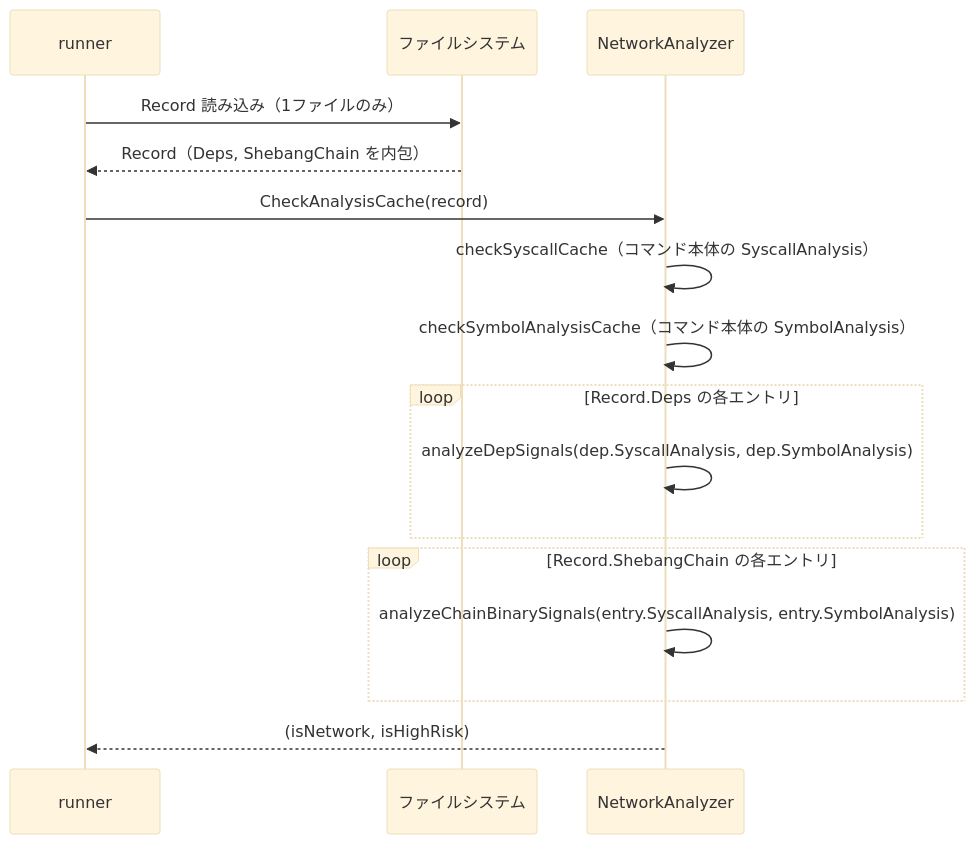
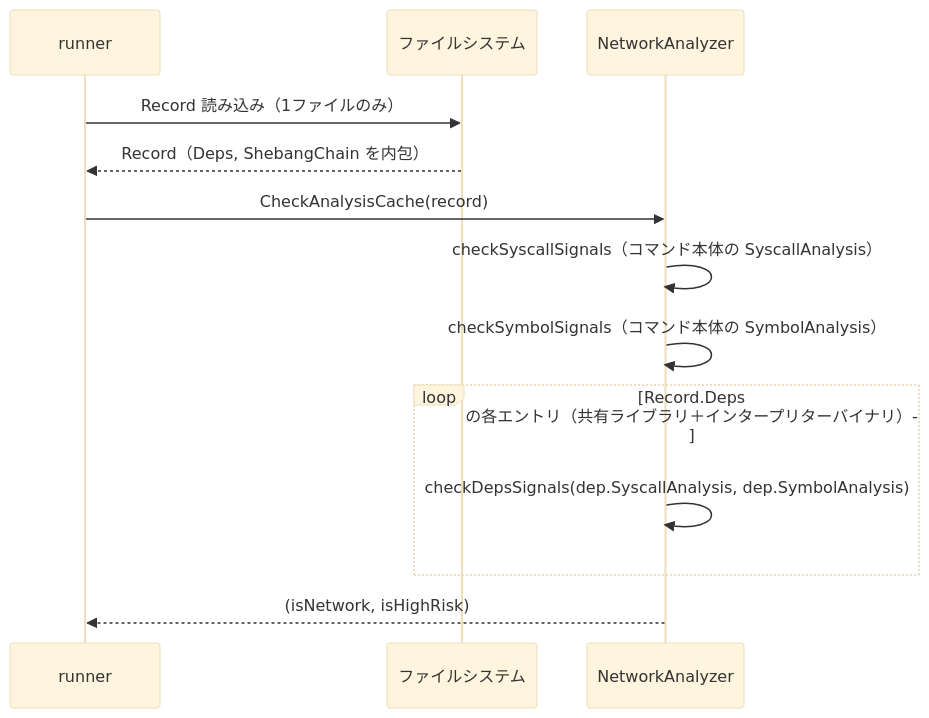
One commit to isseis/go-safe-cmd-runner changed the eighth of 8 diagrams in docs/tasks/0129_self_contained_record/02_architecture.md. Above: the diagram before and after it, drawn with Mermaid (base theme). The commit also changed other lines of this file and 3 other files, not shown here.

First line of the commit message:
docs: unify shebang interpreter analysis into flat deps list

````diff
--- a/docs/tasks/0129_self_contained_record/02_architecture.md
+++ b/docs/tasks/0129_self_contained_record/02_architecture.md
@@ -362,24 +374,20 @@
 ```mermaid
 sequenceDiagram
     participant RUN as runner
     participant FS as ファイルシステム
     participant NA as NetworkAnalyzer
 
     RUN->>FS: Record 読み込み（1ファイルのみ）
     FS-->>RUN: Record（Deps, ShebangChain を内包）
 
     RUN->>NA: CheckAnalysisCache(record)
 
-    NA->>NA: checkSyscallCache（コマンド本体の SyscallAnalysis）
-    NA->>NA: checkSymbolAnalysisCache（コマンド本体の SymbolAnalysis）
+    NA->>NA: checkSyscallSignals（コマンド本体の SyscallAnalysis）
+    NA->>NA: checkSymbolSignals（コマンド本体の SymbolAnalysis）
 
-    loop Record.Deps の各エントリ
-        NA->>NA: analyzeDepSignals(dep.SyscallAnalysis, dep.SymbolAnalysis)
-    end
-
-    loop Record.ShebangChain の各エントリ
-        NA->>NA: analyzeChainBinarySignals(entry.SyscallAnalysis, entry.SymbolAnalysis)
+    loop Record.Deps の各エントリ（共有ライブラリ＋インタープリターバイナリ）
+        NA->>NA: checkDepsSignals(dep.SyscallAnalysis, dep.SymbolAnalysis)
     end
 
     NA-->>RUN: (isNetwork, isHighRisk)
 ```
````
